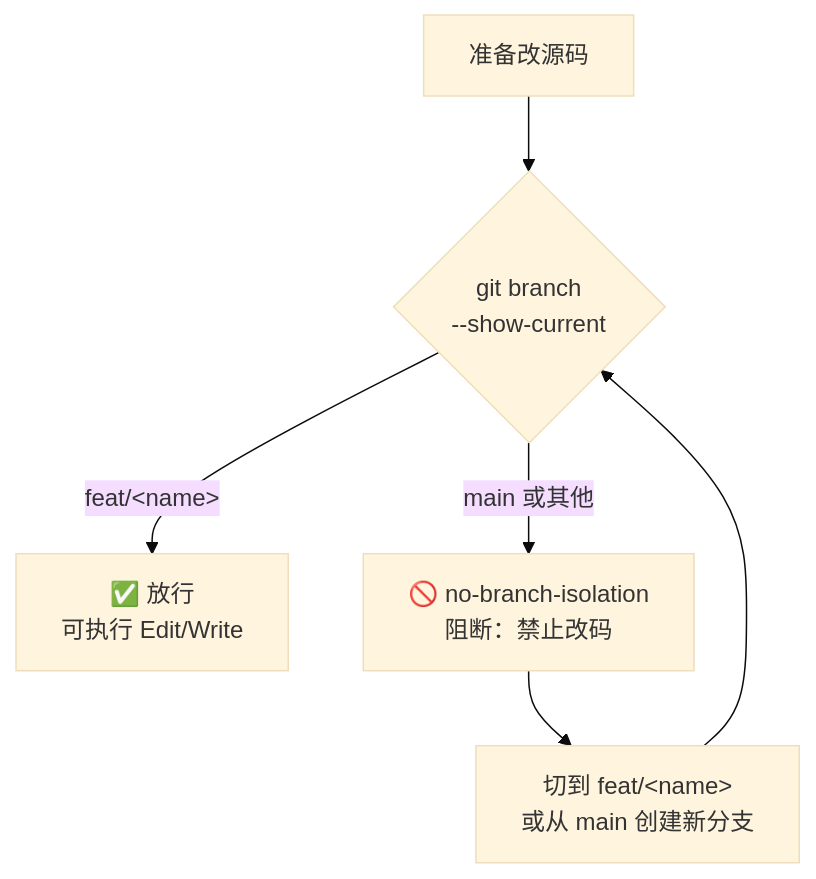
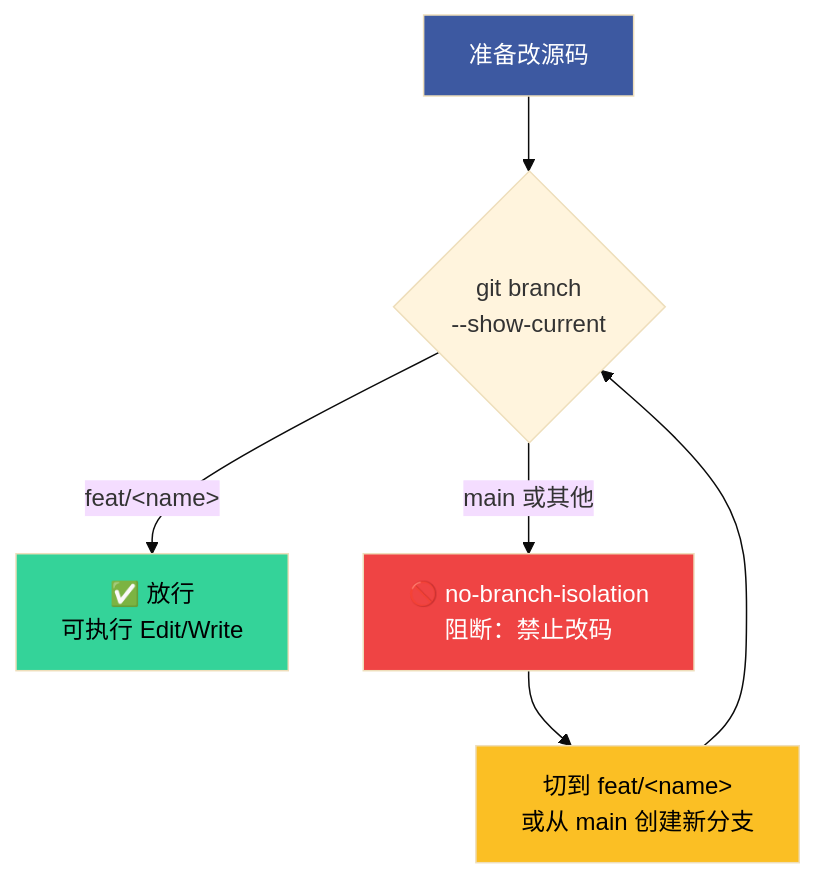
Before and after one commit to effiy/YrY: the third of 9 diagrams in rules/code-pipeline.md, drawn with Mermaid (base theme). The commit also changed other lines of this file and 341 other files, not shown here.

````diff
--- a/rules/code-pipeline.md
+++ b/rules/code-pipeline.md
@@ -113,10 +120,13 @@
 ```mermaid
 flowchart TB
     START["准备改源码"]:::src --> CHECK{"git branch<br/>--show-current"}
     CHECK -->|"feat/&lt;name&gt;"| PASS["✅ 放行<br/>可执行 Edit/Write"]:::pass
     CHECK -->|"main 或其他"| BLOCK["🚫 no-branch-isolation<br/>阻断：禁止改码"]:::block
     BLOCK --> FIX["切到 feat/&lt;name&gt;<br/>或从 main 创建新分支"]:::fix
     FIX --> CHECK
 
-
+    classDef src fill:#3d59a1,color:#fff
+    classDef pass fill:#34d399,color:#000
+    classDef block fill:#ef4444,color:#fff
+    classDef fix fill:#fbbf24,color:#000
 ```
````
